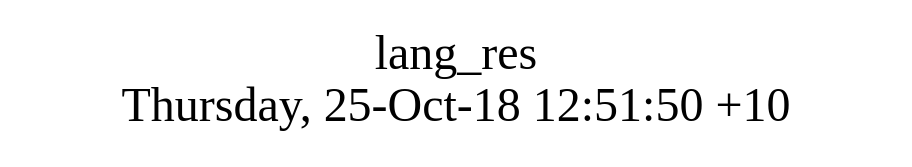
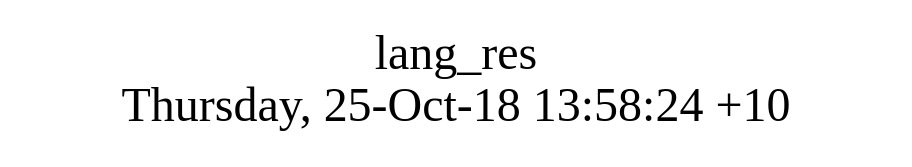
One commit to AplaProject/apps changed the diagram in src/lang_res/struct.dot. Above: the diagram before and after it, drawn with Graphviz. The commit also changed 19 other files, not shown here.

```diff
--- a/src/lang_res/struct.dot
+++ b/src/lang_res/struct.dot
@@ -1,8 +1,8 @@
 digraph G {
 fontsize="24";
-label="lang_res\nThursday, 25-Oct-18 12:51:50 +10";
+label="lang_res\nThursday, 25-Oct-18 13:58:24 +10";
 nojustify=true;
 ordering=out;
 rankdir=LR;
 size="30";
 }
```
